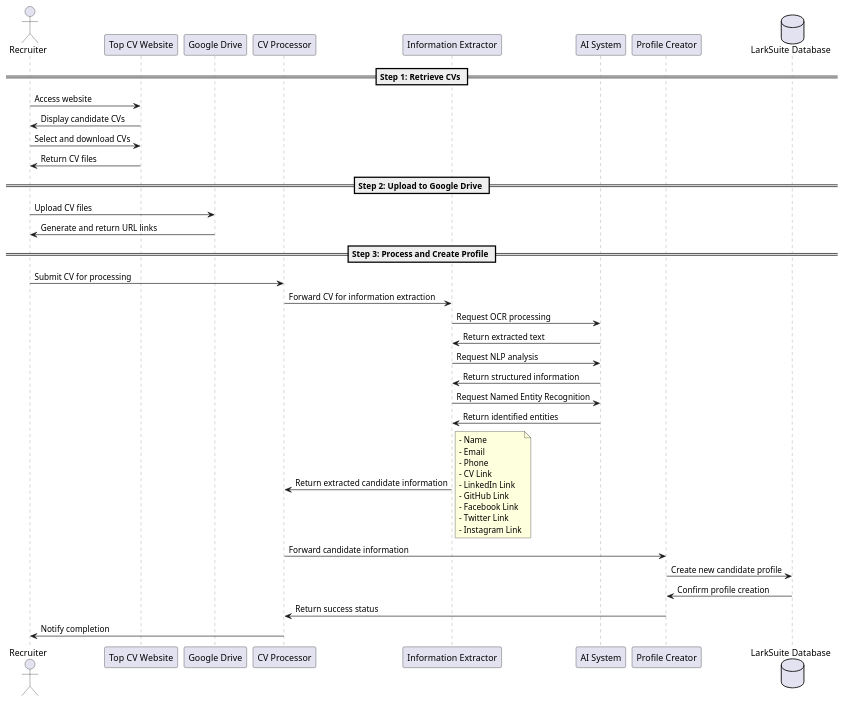
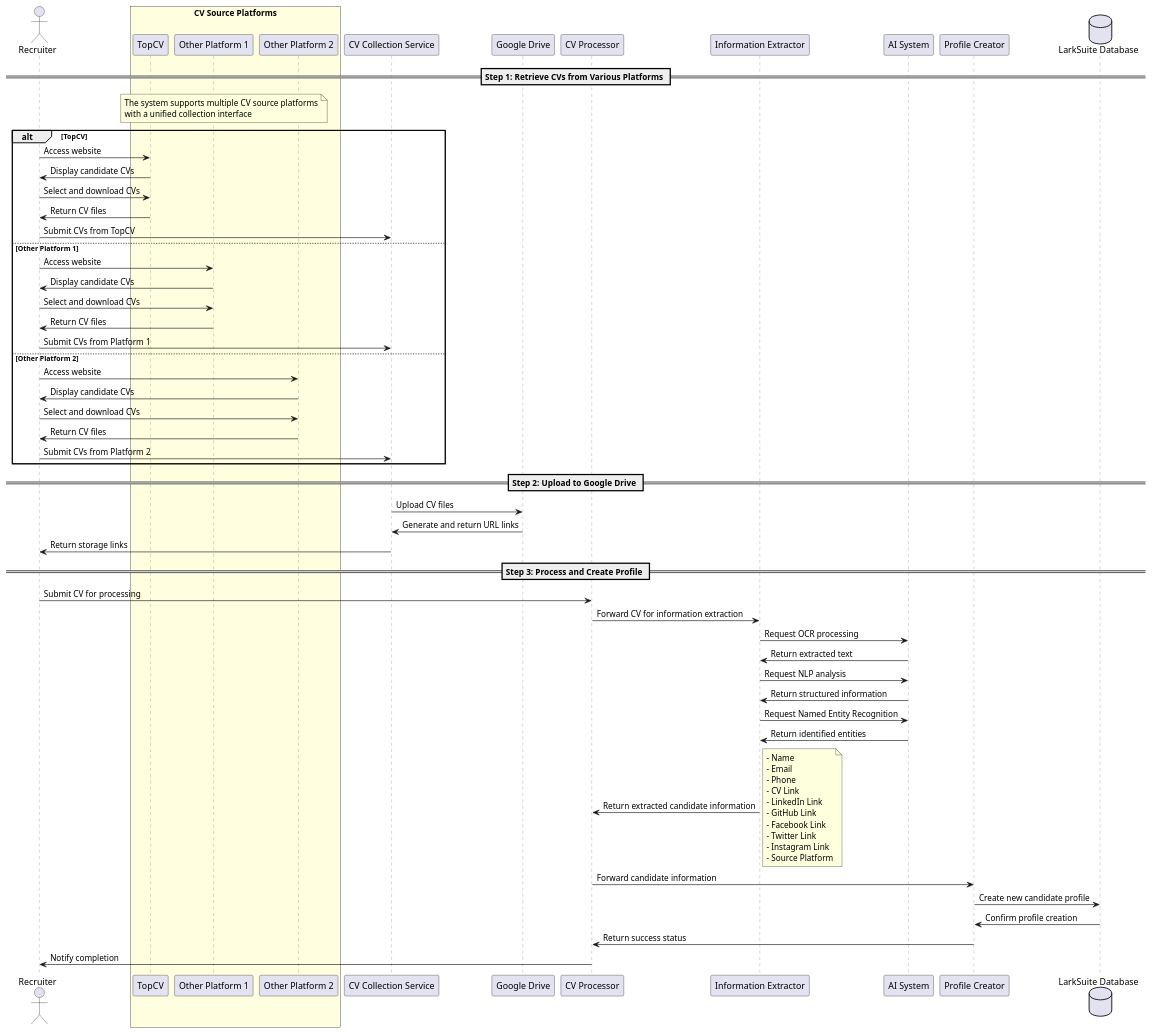
The diagram in cv-collector/cv_collection_sequence.wsd (nierdna/hermit-diagrams), drawn with PlantUML before and after one commit.

Commit message:
Enhance CV collection sequence diagram with multi-platform support
Update the CV collection sequence diagram to:
- Support multiple CV source platforms
- Add alternative flows for different recruitment websites
- Introduce a centralized CV Collection Service
- Improve diagram readability with platform grouping and color coding

```diff
--- a/cv-collector/cv_collection_sequence.wsd
+++ b/cv-collector/cv_collection_sequence.wsd
@@ -1,68 +1,98 @@
 @startuml CV Collection Sequence
 
 ' Define participants
 actor "Recruiter" as recruiter
-participant "Top CV Website" as topcv
+box "CV Source Platforms" #LightYellow
+    participant "TopCV" as topcv
+    participant "Other Platform 1" as platform1
+    participant "Other Platform 2" as platform2
+end box
+participant "CV Collection Service" as collector
 participant "Google Drive" as gdrive
 participant "CV Processor" as processor
 participant "Information Extractor" as extractor
 participant "AI System" as ai
 participant "Profile Creator" as creator
 database "LarkSuite Database" as larkdb
 
 ' Define sequence
-== Step 1: Retrieve CVs ==
-recruiter -> topcv : Access website
-topcv -> recruiter : Display candidate CVs
-recruiter -> topcv : Select and download CVs
-topcv -> recruiter : Return CV files
+== Step 1: Retrieve CVs from Various Platforms ==
+note over topcv, platform2
+  The system supports multiple CV source platforms
+  with a unified collection interface
+end note
+
+alt TopCV
+    recruiter -> topcv : Access website
+    topcv -> recruiter : Display candidate CVs
+    recruiter -> topcv : Select and download CVs
+    topcv -> recruiter : Return CV files
+    recruiter -> collector : Submit CVs from TopCV
+else Other Platform 1
+    recruiter -> platform1 : Access website
+    platform1 -> recruiter : Display candidate CVs
+    recruiter -> platform1 : Select and download CVs
+    platform1 -> recruiter : Return CV files
+    recruiter -> collector : Submit CVs from Platform 1
+else Other Platform 2
+    recruiter -> platform2 : Access website
+    platform2 -> recruiter : Display candidate CVs
+    recruiter -> platform2 : Select and download CVs
+    platform2 -> recruiter : Return CV files
+    recruiter -> collector : Submit CVs from Platform 2
+end
 
 == Step 2: Upload to Google Drive ==
-recruiter -> gdrive : Upload CV files
-gdrive -> recruiter : Generate and return URL links
+collector -> gdrive : Upload CV files
+gdrive -> collector : Generate and return URL links
+collector -> recruiter : Return storage links
 
 == Step 3: Process and Create Profile ==
 recruiter -> processor : Submit CV for processing
 processor -> extractor : Forward CV for information extraction
 extractor -> ai : Request OCR processing
 ai -> extractor : Return extracted text
 extractor -> ai : Request NLP analysis
 ai -> extractor : Return structured information
 extractor -> ai : Request Named Entity Recognition
 ai -> extractor : Return identified entities
 
 extractor -> processor : Return extracted candidate information
 note right
   - Name
   - Email
   - Phone
   - CV Link
   - LinkedIn Link
   - GitHub Link
   - Facebook Link
   - Twitter Link
   - Instagram Link
+  - Source Platform
 end note
 
 processor -> creator : Forward candidate information
 creator -> larkdb : Create new candidate profile
 larkdb -> creator : Confirm profile creation
 creator -> processor : Return success status
 processor -> recruiter : Notify completion
 
 ' Style
 skinparam sequence {
     ArrowColor Black
     ActorBorderColor Black
     LifeLineBorderColor Gray
     LifeLineBackgroundColor LightGray
     
     ParticipantBorderColor Black
     ParticipantBackgroundColor LightBlue
     ParticipantFontColor Black
     
     ActorBackgroundColor LightBlue
     ActorFontColor Black
+    
+    BoxBackgroundColor LightYellow
+    BoxBorderColor Black
 }
 
 @enduml 
```
